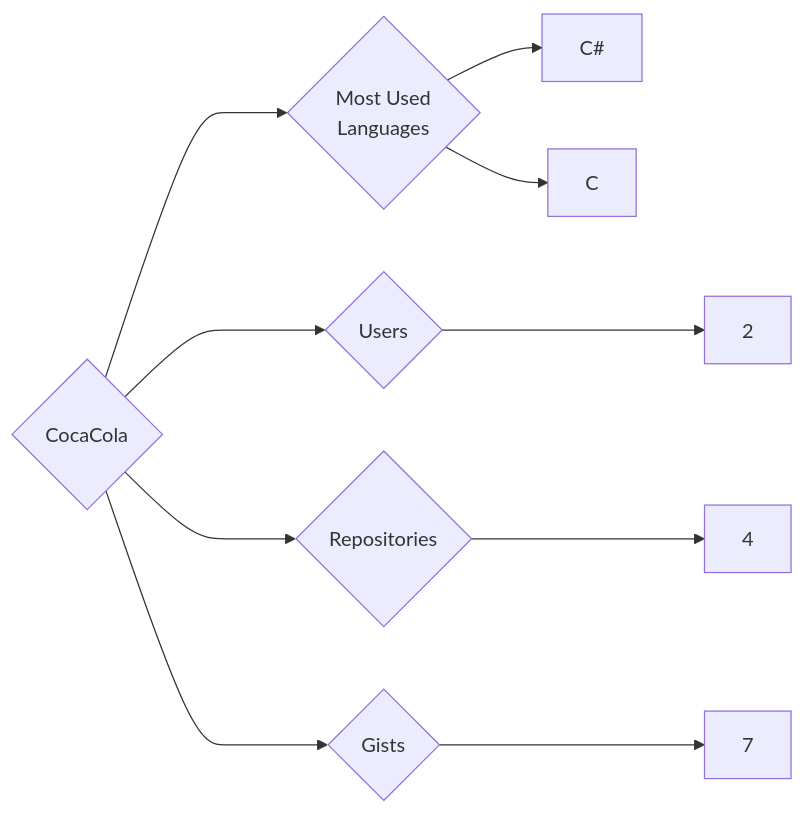
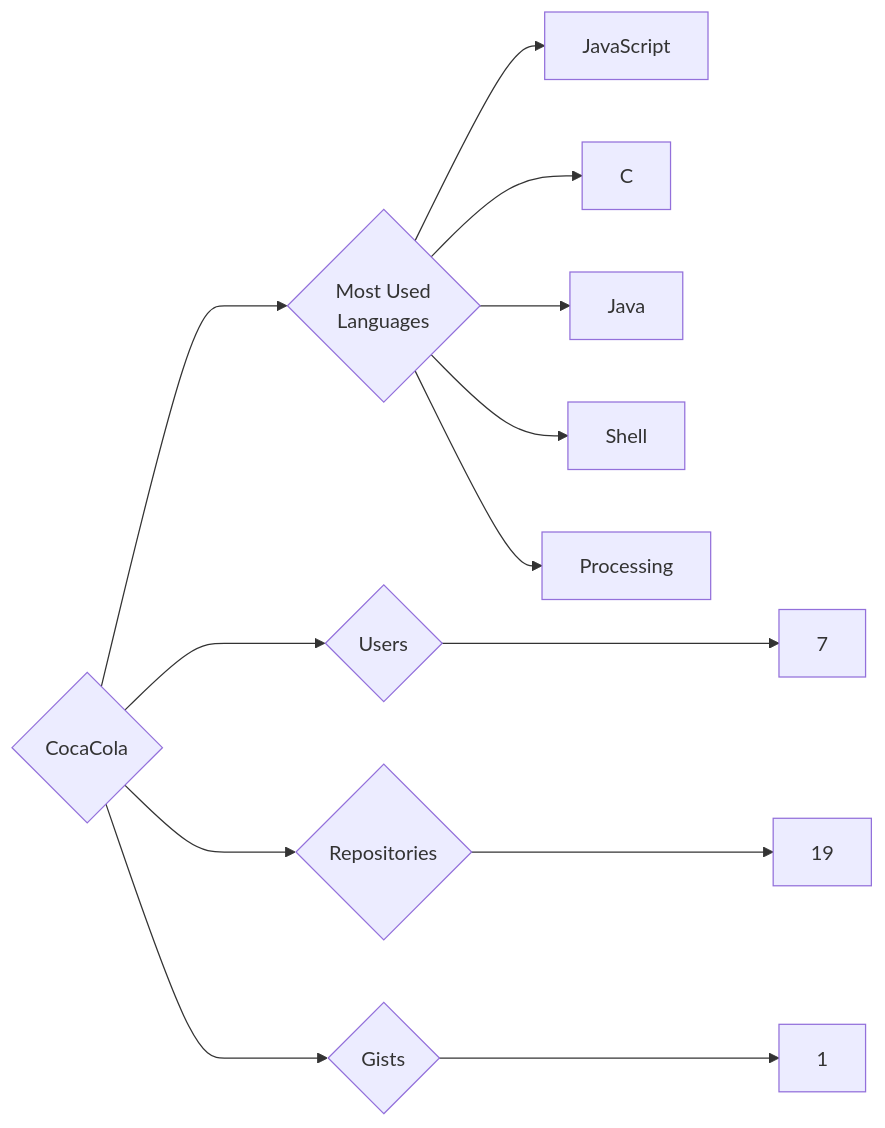
One commit to trickest/insiders changed the diagram in targets/CocaCola/README.md. Above: the diagram before and after it, drawn with Mermaid. The commit also changed 933 other files, not shown here.

````diff
--- a/targets/CocaCola/README.md
+++ b/targets/CocaCola/README.md
@@ -3,10 +3,13 @@
 ```mermaid
 graph LR
 COMPANY_NAME{CocaCola}
-COMPANY_NAME ---> U{Users} ---> UN[2]
-COMPANY_NAME ---> R{Repositories} ---> RN[4]
-COMPANY_NAME ---> G{Gists} ---> GN[7]
+COMPANY_NAME ---> U{Users} ---> UN[7]
+COMPANY_NAME ---> R{Repositories} ---> RN[19]
+COMPANY_NAME ---> G{Gists} ---> GN[1]
 COMPANY_NAME ---> ML{Most Used<br>Languages}
-ML --> C#[C#]
+ML --> JavaScript[JavaScript]
 ML --> C[C]
+ML --> Java[Java]
+ML --> Shell[Shell]
+ML --> Processing[Processing]
 ```
````
